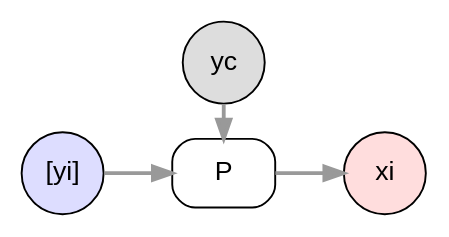
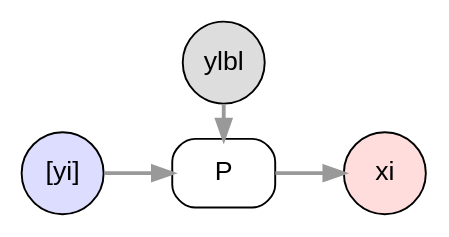
One commit to drautzburg/currychicken changed the diagram in opal/ProductsPack.dot. Above: the diagram before and after it, drawn with Graphviz. The commit also changed 6 other files, not shown here.

```diff
--- a/opal/ProductsPack.dot
+++ b/opal/ProductsPack.dot
@@ -1,27 +1,27 @@
 digraph d {
 	node [fontname = "Arial"];
 	edge [fontname = "Arial", fontsize=11,color="#999999", penwidth=2, weight=1];
 
 	rankdir=LR
 	subgraph list {
 		node [shape=circle, style=filled, fillcolor="#DDDDFF", fixedsize=true, width=0.6]
 		yi[label="[yi]"]
 		}
 	subgraph nest {
 		node [shape=circle, style=filled, fillcolor="#FFDDDD", fixedsize=true, width=0.6]
 		xi 
 		}
 	subgraph others {
 		node [shape=circle, style=filled, fillcolor="#DDDDDD", fixedsize=true, width=0.6]
-		yc
+		ylbl
 	}				
 	subgraph process {
 		node [shape=box, style=rounded]
 		P
 	}
-	{rank=same; yc P}
-yc->P		       
+	{rank=same; ylbl P}
+ylbl->P		       
 yi->P
 P->xi
 
 }
```
